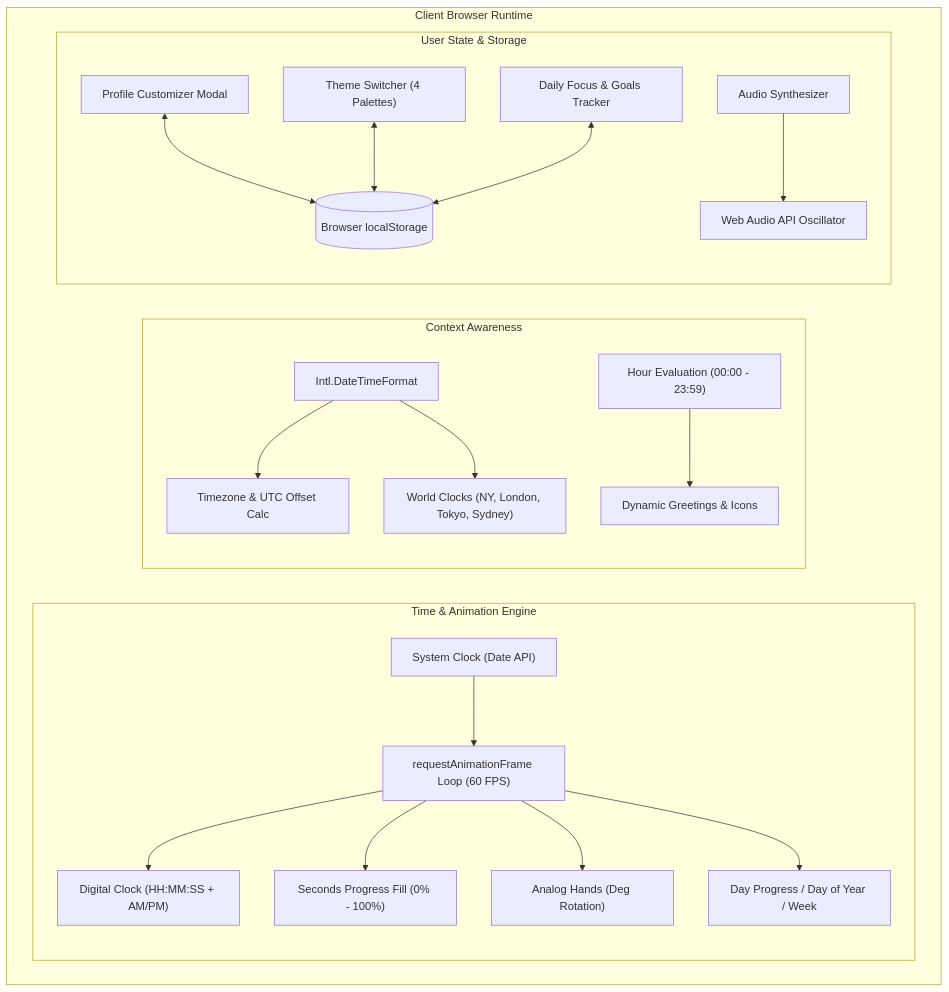
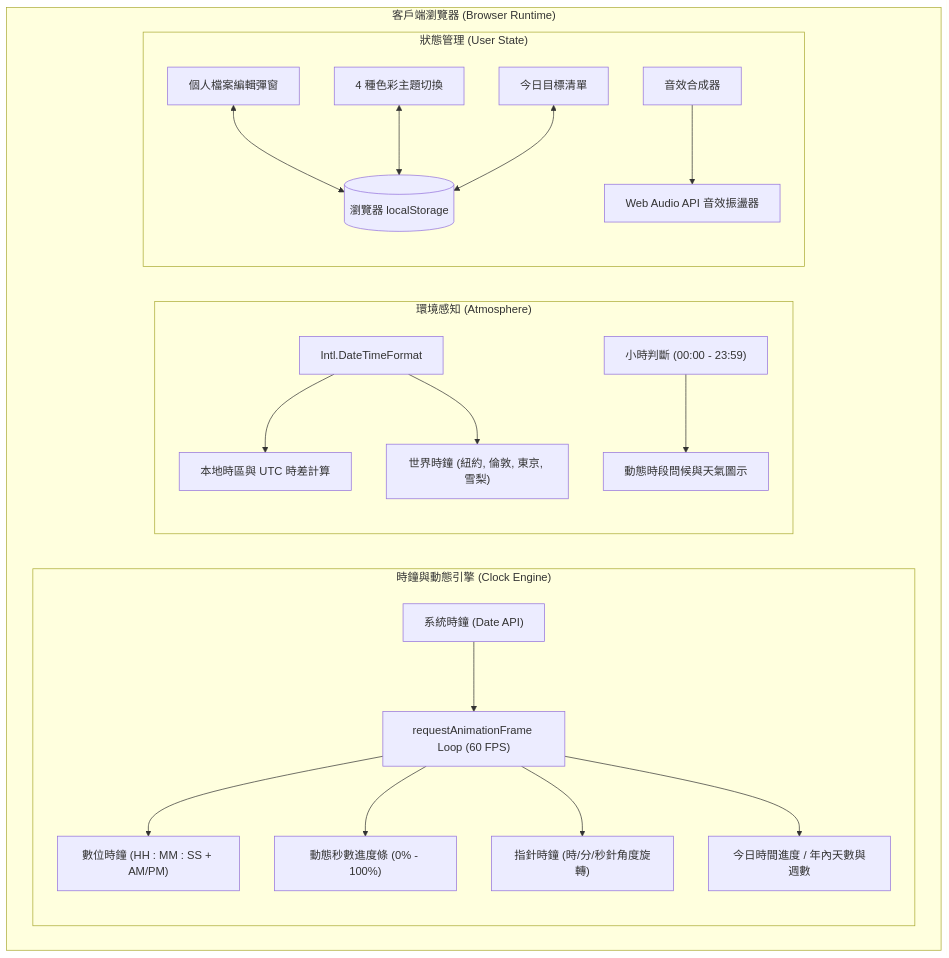
One commit to joshu0601/0916 changed the first of 2 diagrams in README.md. Above: the diagram before and after it, drawn with Mermaid. The commit also changed other lines of this file and 5 other files, not shown here.

Commit message:
feat: complete 5 course requirements (Profile, Skills, Projects, Live Clock, Design) and fix GitHub Pages deployment

````diff
--- a/README.md
+++ b/README.md
@@ -15,25 +50,25 @@
 ```mermaid
 flowchart TD
-    subgraph Client ["Client Browser Runtime"]
-        subgraph Engine ["Time & Animation Engine"]
-            Clock["System Clock (Date API)"] --> Loop["requestAnimationFrame Loop (60 FPS)"]
-            Loop --> Digital["Digital Clock (HH:MM:SS + AM/PM)"]
-            Loop --> Bar["Seconds Progress Fill (0% - 100%)"]
-            Loop --> Analog["Analog Hands (Deg Rotation)"]
-            Loop --> Meta["Day Progress / Day of Year / Week"]
+    subgraph Client ["客戶端瀏覽器 (Browser Runtime)"]
+        subgraph Engine ["時鐘與動態引擎 (Clock Engine)"]
+            Clock["系統時鐘 (Date API)"] --> Loop["requestAnimationFrame Loop (60 FPS)"]
+            Loop --> Digital["數位時鐘 (HH : MM : SS + AM/PM)"]
+            Loop --> Bar["動態秒數進度條 (0% - 100%)"]
+            Loop --> Analog["指針時鐘 (時/分/秒針角度旋轉)"]
+            Loop --> Meta["今日時間進度 / 年內天數與週數"]
         end
 
-        subgraph Atmosphere ["Context Awareness"]
-            TZ["Intl.DateTimeFormat"] --> DetectTZ["Timezone & UTC Offset Calc"]
-            HourCheck["Hour Evaluation (00:00 - 23:59)"] --> Greet["Dynamic Greetings & Icons"]
-            TZ --> World["World Clocks (NY, London, Tokyo, Sydney)"]
+        subgraph Atmosphere ["環境感知 (Atmosphere)"]
+            TZ["Intl.DateTimeFormat"] --> DetectTZ["本地時區與 UTC 時差計算"]
+            HourCheck["小時判斷 (00:00 - 23:59)"] --> Greet["動態時段問候與天氣圖示"]
+            TZ --> World["世界時鐘 (紐約, 倫敦, 東京, 雪梨)"]
         end
 
-        subgraph UserState ["User State & Storage"]
-            EditModal["Profile Customizer Modal"] <--> LocalStorage[("Browser localStorage")]
-            ThemeSwitch["Theme Switcher (4 Palettes)"] <--> LocalStorage
-            FocusCard["Daily Focus & Goals Tracker"] <--> LocalStorage
-            SoundToggle["Audio Synthesizer"] --> WebAudio["Web Audio API Oscillator"]
+        subgraph UserState ["狀態管理 (User State)"]
+            EditModal["個人檔案編輯彈窗"] <--> LocalStorage[("瀏覽器 localStorage")]
+            ThemeSwitch["4 種色彩主題切換"] <--> LocalStorage
+            FocusCard["今日目標清單"] <--> LocalStorage
+            SoundToggle["音效合成器"] --> WebAudio["Web Audio API 音效振盪器"]
         end
     end
 ```
````
